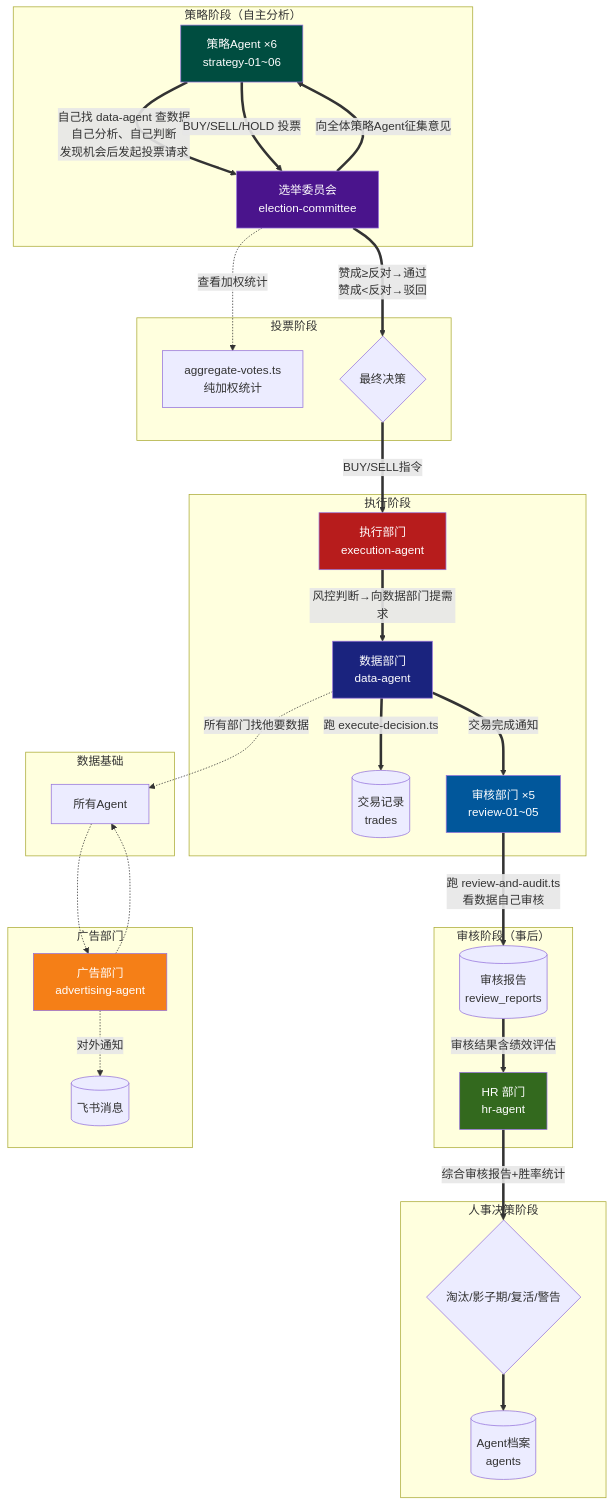
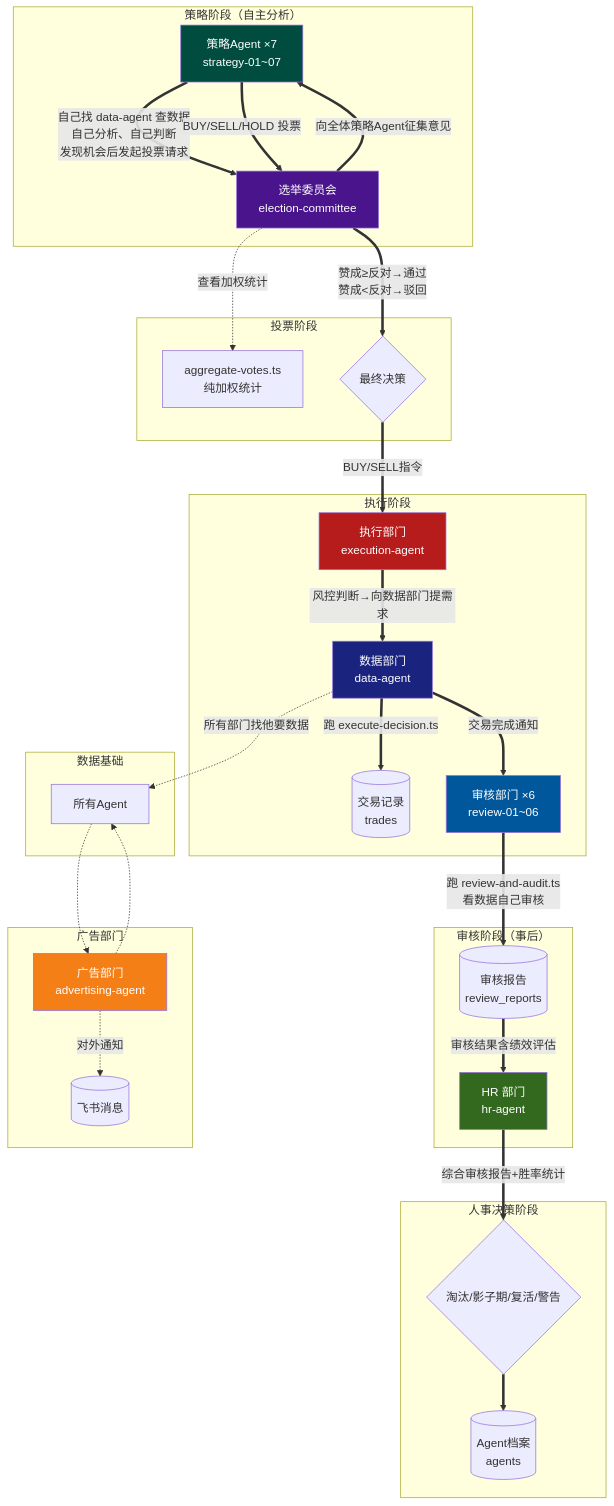
Before and after one commit to fantian007/hermes-trading-system: the first of 5 diagrams in docs/architecture.md, drawn with Mermaid. The commit also changed other lines of this file and 2 other files, not shown here.

````diff
--- a/docs/architecture.md
+++ b/docs/architecture.md
@@ -29,49 +29,49 @@
 ```mermaid
 graph TB
     subgraph "策略阶段（自主分析）"
-        STRATEGY[策略Agent ×6<br/>strategy-01~06] ==>|"自己找 data-agent 查数据<br/>自己分析、自己判断<br/>发现机会后发起投票请求"| EC[选举委员会<br/>election-committee]
+        STRATEGY[策略Agent ×7<br/>strategy-01~07] ==>|"自己找 data-agent 查数据<br/>自己分析、自己判断<br/>发现机会后发起投票请求"| EC[选举委员会<br/>election-committee]
     end
 
     subgraph "投票阶段"
         EC ==>|"向全体策略Agent征集意见"| STRATEGY
         STRATEGY ==>|"BUY/SELL/HOLD 投票"| EC
         EC -.->|"查看加权统计"| AGG[aggregate-votes.ts<br/>纯加权统计]
         EC ==>|"赞成≥反对→通过<br/>赞成<反对→驳回"| DECISION{最终决策}
     end
 
     subgraph "执行阶段"
         DECISION ==>|"BUY/SELL指令"| EXEC[执行部门<br/>execution-agent]
         EXEC ==>|"风控判断→向数据部门提需求"| DATA[数据部门<br/>data-agent]
         DATA ==>|"跑 execute-decision.ts"| TRADE[(交易记录<br/>trades)]
-        DATA ==>|"交易完成通知"| REVIEW[审核部门 ×5<br/>review-01~05]
+        DATA ==>|"交易完成通知"| REVIEW[审核部门 ×6<br/>review-01~06]
     end
 
     subgraph "审核阶段（事后）"
         REVIEW ==>|"跑 review-and-audit.ts<br/>看数据自己审核"| REPORTS[(审核报告<br/>review_reports)]
         REPORTS ==>|"审核结果含绩效评估"| HR[HR 部门<br/>hr-agent]
     end
 
     subgraph "人事决策阶段"
         HR ==>|"综合审核报告+胜率统计"| DECIDE{淘汰/影子期/复活/警告}
         DECIDE ==> AGENTS[(Agent档案<br/>agents)]
     end
 
     subgraph "数据基础"
         DATA -.->|"所有部门找他要数据"| ALL[所有Agent]
     end
 
     subgraph "广告部门"
         AD[广告部门<br/>advertising-agent] -.->|"对外通知"| FEISHU[(飞书消息)]
     end
 
     AD -.-> ALL
     ALL -.-> AD
 
     style AD fill:#f57f17,color:#fff
     style DATA fill:#1a237e,color:#fff
     style STRATEGY fill:#004d40,color:#fff
     style EC fill:#4a148c,color:#fff
     style REVIEW fill:#01579b,color:#fff
     style EXEC fill:#b71c1c,color:#fff
     style HR fill:#33691e,color:#fff
 ```
````
